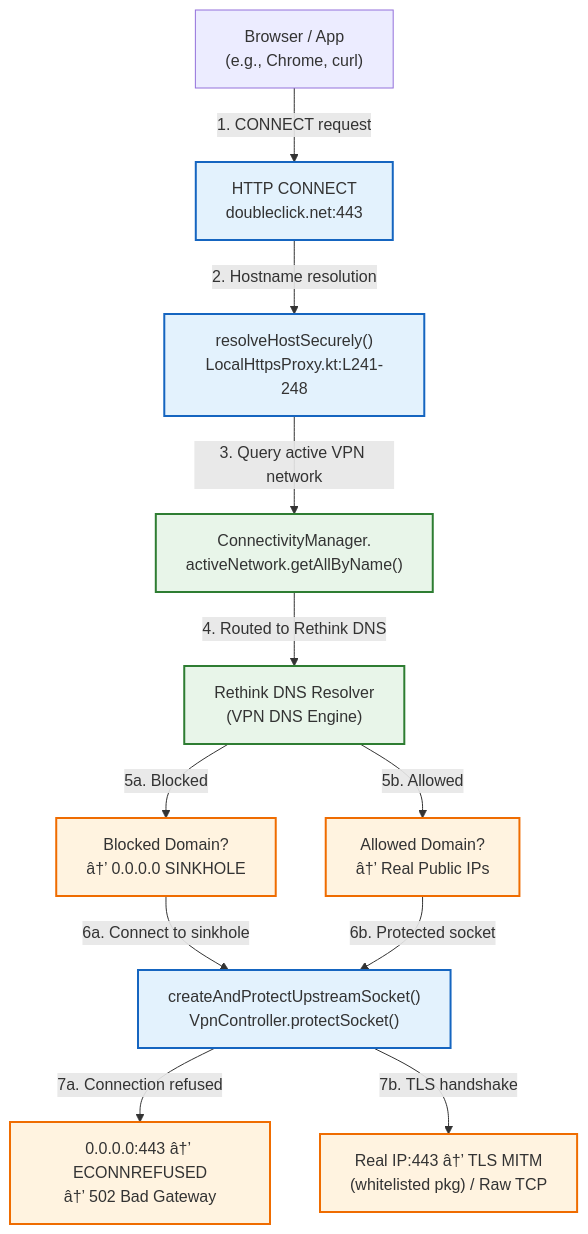
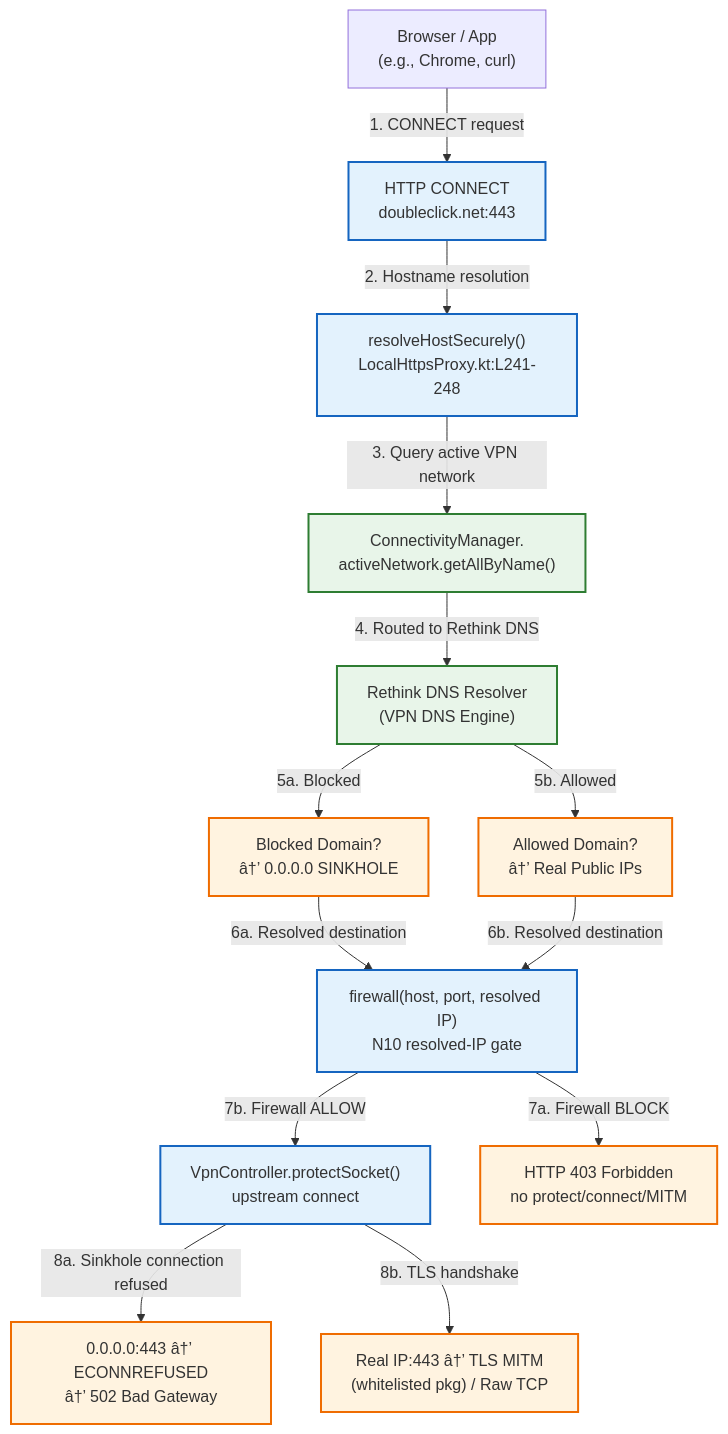
One commit to bbmtab/rethink-app changed the second of 2 diagrams in docs/ARCHITECTURE-MAPPING.md. Above: the diagram before and after it, drawn with Mermaid. The commit also changed other lines of this file and 8 other files, not shown here.

Commit message:
docs: synchronize n10 closure and release roadmap

````diff
--- a/docs/ARCHITECTURE-MAPPING.md
+++ b/docs/ARCHITECTURE-MAPPING.md
@@ -78,28 +88,31 @@
 ```mermaid
 graph TD
     classDef proxy fill:#e3f2fd,stroke:#1565c0,stroke-width:2px;
     classDef dns fill:#e8f5e9,stroke:#2e7d32,stroke-width:2px;
     classDef result fill:#fff3e0,stroke:#ef6c00,stroke-width:2px;
 
     Browser["Browser / App<br/>(e.g., Chrome, curl)"]:::external
     CONNECT["HTTP CONNECT<br/>doubleclick.net:443"]:::proxy
     Resolve["resolveHostSecurely()<br/>LocalHttpsProxy.kt:L241-248"]:::proxy
     ActiveNet["ConnectivityManager.<br/>activeNetwork.getAllByName()"]:::dns
     RethinkDNS["Rethink DNS Resolver<br/>(VPN DNS Engine)"]:::dns
     Sinkhole["Blocked Domain?<br/>â†’ 0.0.0.0 SINKHOLE"]:::result
     RealIP["Allowed Domain?<br/>â†’ Real Public IPs"]:::result
-    Connect["createAndProtectUpstreamSocket()<br/>VpnController.protectSocket()"]:::proxy
+    IpGate["firewall(host, port, resolved IP)<br/>N10 resolved-IP gate"]:::proxy
+    Connect["VpnController.protectSocket()<br/>upstream connect"]:::proxy
     Blocked["0.0.0.0:443 â†’ ECONNREFUSED<br/>â†’ 502 Bad Gateway"]:::result
     Allowed["Real IP:443 â†’ TLS MITM<br/>(whitelisted pkg) / Raw TCP"]:::result
 
     Browser -->|1. CONNECT request| CONNECT
     CONNECT -->|2. Hostname resolution| Resolve
     Resolve -->|3. Query active VPN network| ActiveNet
     ActiveNet -->|4. Routed to Rethink DNS| RethinkDNS
     RethinkDNS -->|5a. Blocked| Sinkhole
     RethinkDNS -->|5b. Allowed| RealIP
-    Sinkhole -->|6a. Connect to sinkhole| Connect
-    RealIP -->|6b. Protected socket| Connect
-    Connect -->|7a. Connection refused| Blocked
-    Connect -->|7b. TLS handshake| Allowed
+    Sinkhole -->|6a. Resolved destination| IpGate
+    RealIP -->|6b. Resolved destination| IpGate
+    IpGate -->|7a. Firewall BLOCK| FirewallBlocked["HTTP 403 Forbidden<br/>no protect/connect/MITM"]:::result
+    IpGate -->|7b. Firewall ALLOW| Connect
+    Connect -->|8a. Sinkhole connection refused| Blocked
+    Connect -->|8b. TLS handshake| Allowed
 ```
````
